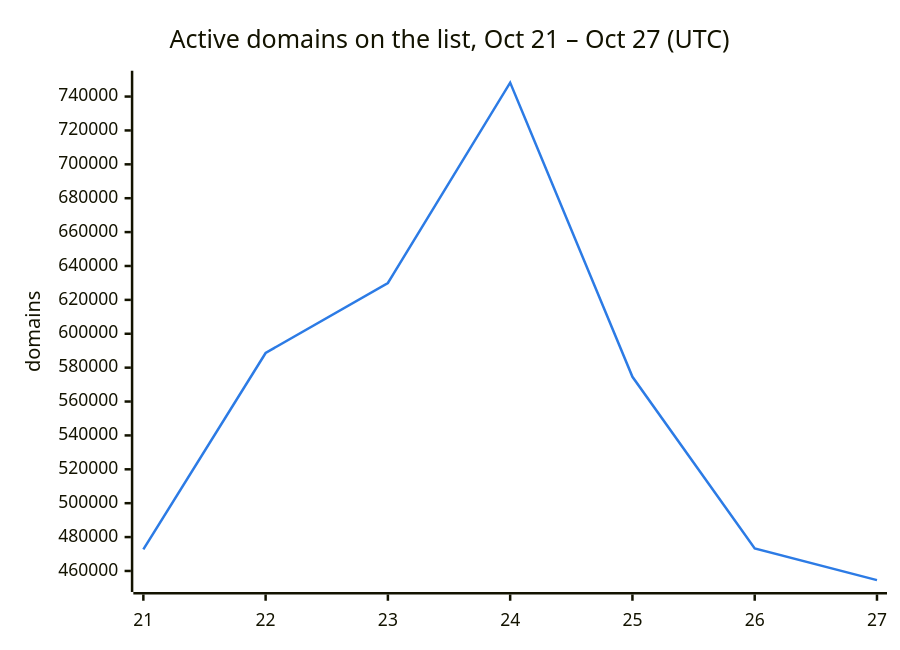
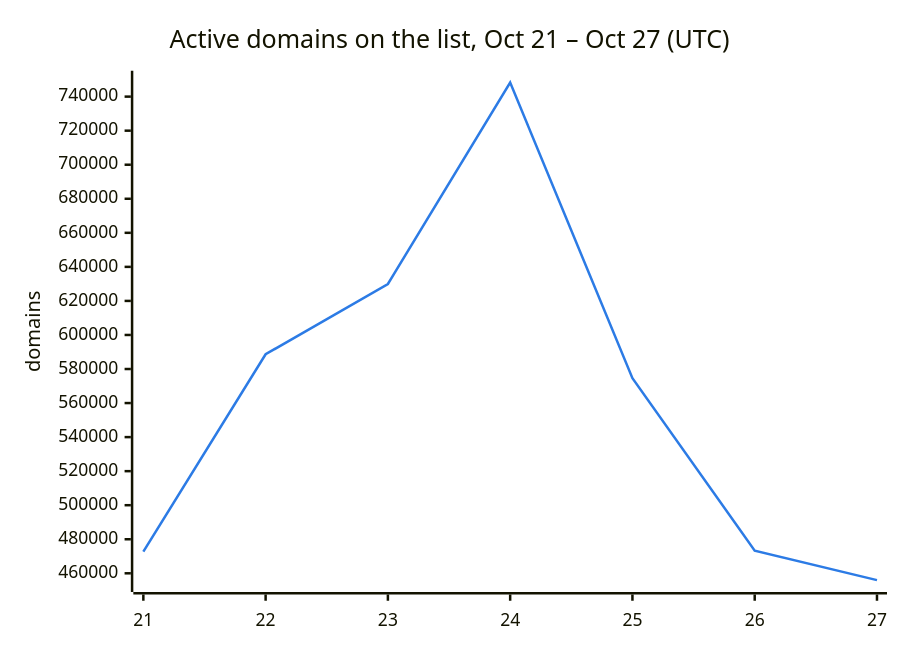
The second of 3 diagrams in README.md (DNSBunker/CTI), drawn with Mermaid before and after one commit. The commit also changed other lines of this file and 3 other files, not shown here.

````diff
--- a/README.md
+++ b/README.md
@@ -38,8 +38,8 @@
 ```mermaid
 %%{init: {"themeVariables": {"xyChart": {"plotColorPalette": "#2c7be5"}}}}%%
 xychart-beta
     title "Active domains on the list, Oct 21 – Oct 27 (UTC)"
     x-axis ["21", "22", "23", "24", "25", "26", "27"]
     y-axis "domains"
-    line [472713, 588659, 629951, 748222, 574614, 473331, 454592]
+    line [472713, 588659, 629951, 748222, 574614, 473331, 455992]
 ```
````
